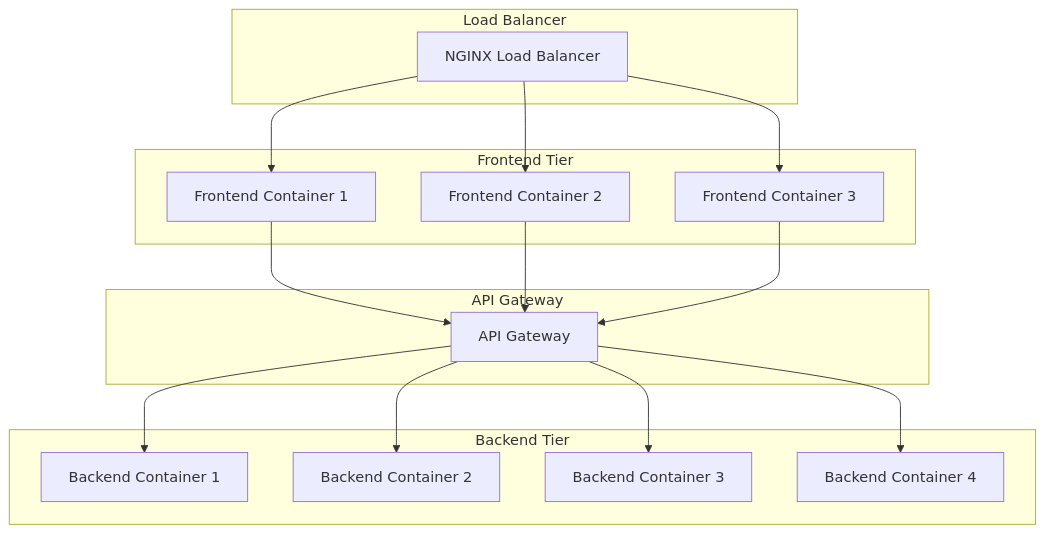
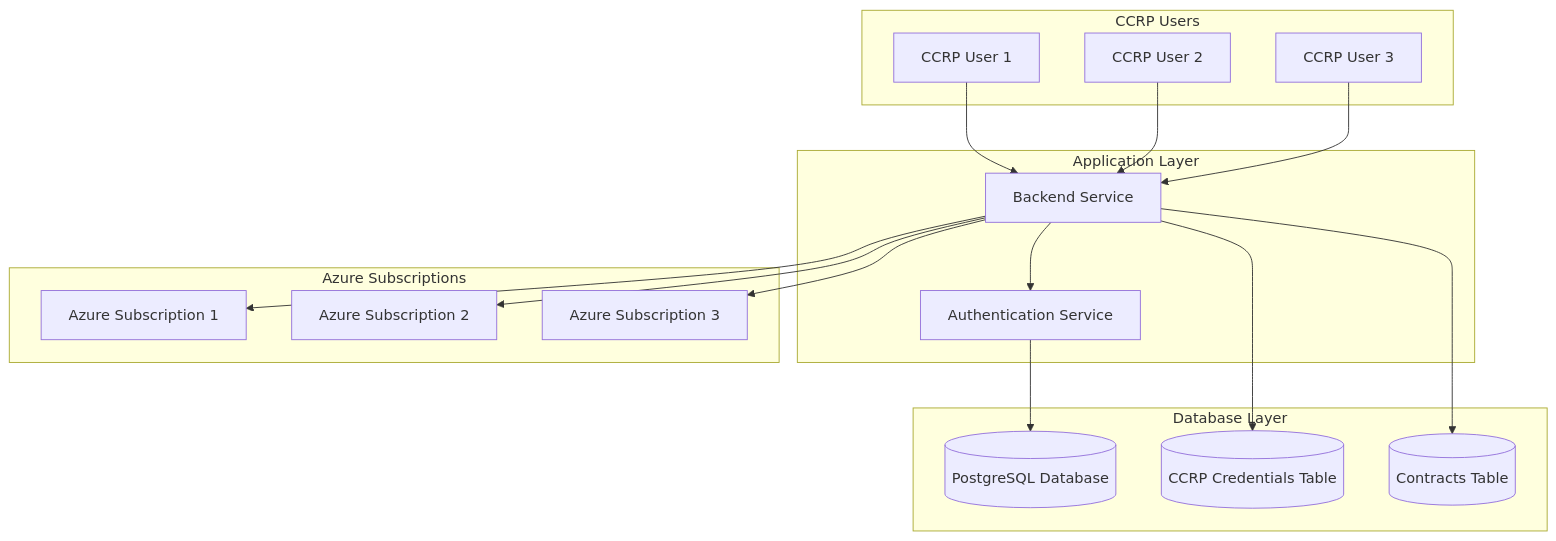
Before and after one commit to gitmujoshi/Confidential-AI-Network: the eighth of 12 diagrams in UML_4PLUS1_ARCHITECTURE_DOCUMENTATION.md, drawn with Mermaid. The commit also changed other lines of this file and 2 other files, not shown here.

First line of the commit message:
docs: Update architecture documentation with Azure integration features

````diff
--- a/UML_4PLUS1_ARCHITECTURE_DOCUMENTATION.md
+++ b/UML_4PLUS1_ARCHITECTURE_DOCUMENTATION.md
@@ -745,36 +584,38 @@
 ```mermaid
 graph TB
-    subgraph "Load Balancer"
-        LB[NGINX Load Balancer]
+    subgraph "CCRP Users"
+        CCRP1[CCRP User 1]
+        CCRP2[CCRP User 2]
+        CCRP3[CCRP User 3]
     end
     
-    subgraph "Frontend Tier"
-        FE1[Frontend Container 1]
-        FE2[Frontend Container 2]
-        FE3[Frontend Container 3]
+    subgraph "Application Layer"
+        BE[Backend Service]
+        Auth[Authentication Service]
     end
     
-    subgraph "Backend Tier"
-        BE1[Backend Container 1]
-        BE2[Backend Container 2]
-        BE3[Backend Container 3]
-        BE4[Backend Container 4]
+    subgraph "Database Layer"
+        DB[(PostgreSQL Database)]
+        Credentials[(CCRP Credentials Table)]
+        Contracts[(Contracts Table)]
     end
     
-    subgraph "API Gateway"
-        API_GW[API Gateway]
+    subgraph "Azure Subscriptions"
+        Sub1[Azure Subscription 1]
+        Sub2[Azure Subscription 2]
+        Sub3[Azure Subscription 3]
     end
     
-    LB --> FE1
-    LB --> FE2
-    LB --> FE3
+    CCRP1 --> BE
+    CCRP2 --> BE
+    CCRP3 --> BE
     
-    FE1 --> API_GW
-    FE2 --> API_GW
-    FE3 --> API_GW
+    BE --> Auth
+    Auth --> DB
+    BE --> Credentials
+    BE --> Contracts
     
-    API_GW --> BE1
-    API_GW --> BE2
-    API_GW --> BE3
-    API_GW --> BE4
+    BE --> Sub1
+    BE --> Sub2
+    BE --> Sub3
 ```
````
